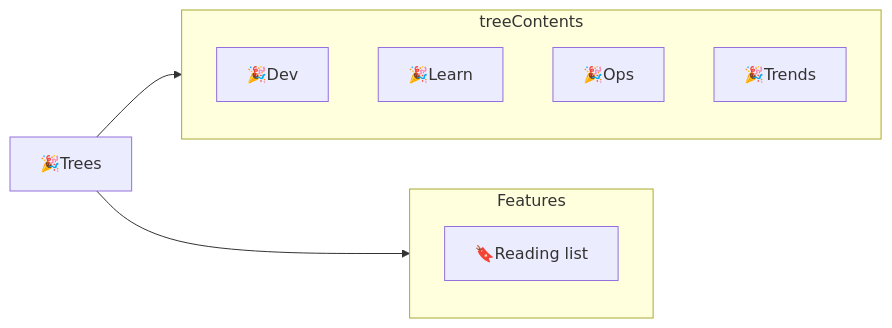
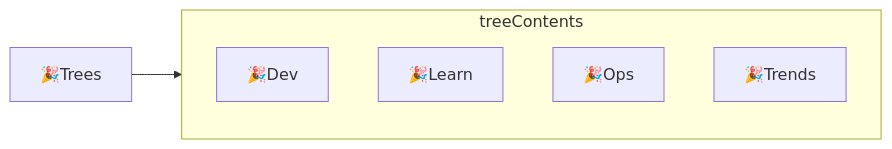
One commit to mindulle/garden changed the diagram in content/Develop/Trees/🎉Trees.md. Above: the diagram before and after it, drawn with Mermaid. The commit also changed other lines of this file and 389 other files, not shown here.

````diff
--- a/content/Develop/Trees/🎉Trees.md
+++ b/content/Develop/Trees/🎉Trees.md
@@ -18,15 +18,11 @@
 ```mermaid
 flowchart LR
 	HERE[&#127881Trees]
 	subgraph treeContents
 		Dev[&#127881Dev]
 		Learn[&#127881Learn]
 		Ops[&#127881Ops]
 		Trends[&#127881Trends]
 	end
-	subgraph Features
-		readingList[&#128278Reading list]
-	end
 	HERE --> treeContents
-	HERE --> Features
 ```
````
